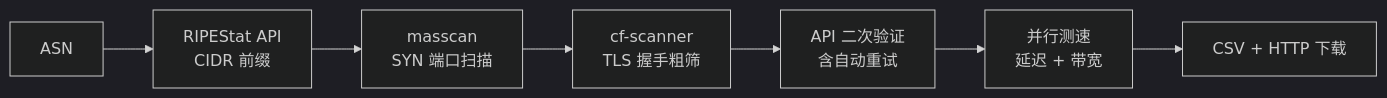
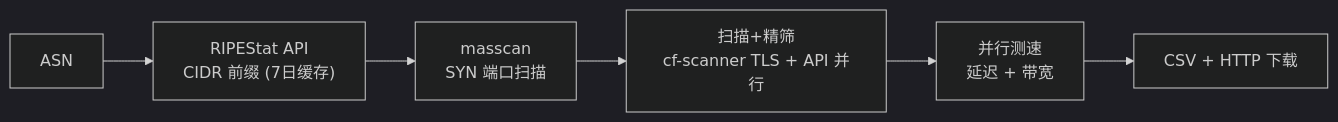
One commit to xiaoqian-1001/IP-Tidy changed the diagram in README.md. Above: the diagram before and after it, drawn with Mermaid (dark theme). The commit also changed other lines of this file and 1 other file, not shown here.

````diff
--- a/README.md
+++ b/README.md
@@ -33,9 +40,8 @@
 ```mermaid
 graph LR
-    A["ASN"] --> B["RIPEStat API<br/>CIDR 前缀"]
+    A["ASN"] --> B["RIPEStat API<br/>CIDR 前缀 (7日缓存)"]
     B --> C["masscan<br/>SYN 端口扫描"]
-    C --> D["cf-scanner<br/>TLS 握手粗筛"]
-    D --> E["API 二次验证<br/>含自动重试"]
-    E --> F["并行测速<br/>延迟 + 带宽"]
-    F --> G["CSV + HTTP 下载"]
+    C --> D["扫描+精筛<br/>cf-scanner TLS + API 并行"]
+    D --> E["并行测速<br/>延迟 + 带宽"]
+    E --> F["CSV + HTTP 下载"]
 ```
````
